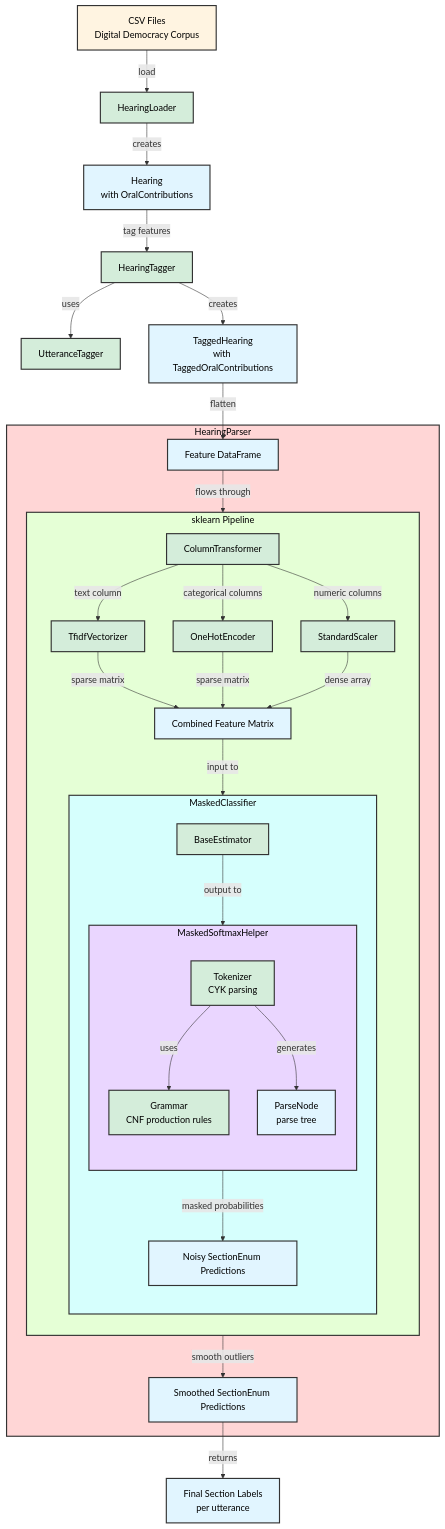
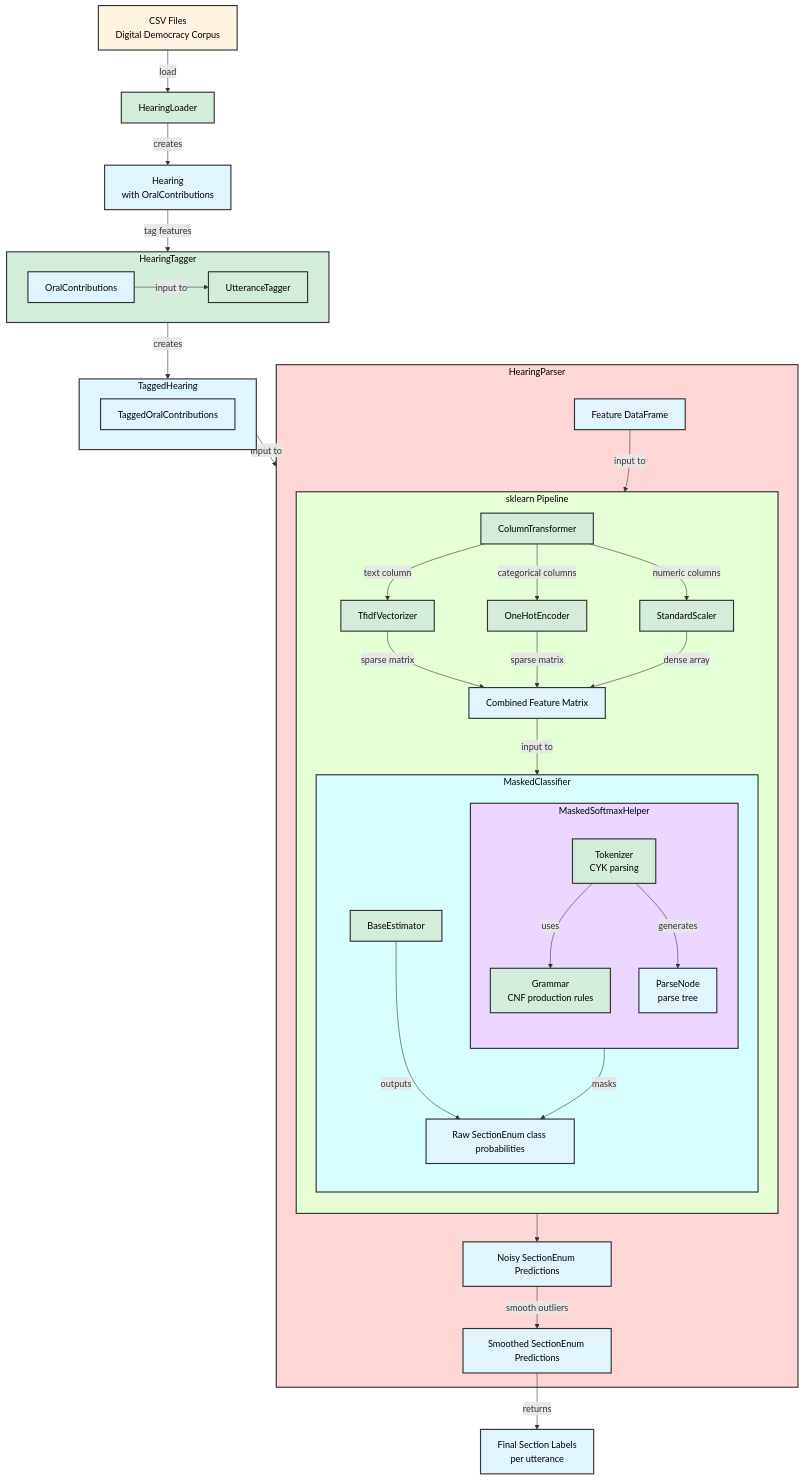
The second of 2 diagrams in README.md (IsaacFigNewton/CommitteeHearingDiscourseParser), drawn with Mermaid before and after one commit.

````diff
--- a/README.md
+++ b/README.md
@@ -76,69 +76,72 @@
 ```mermaid
 graph TD
     %% Data flow
     CSV[CSV Files<br/>Digital Democracy Corpus] -->|load| HearingLoader
 
     HearingLoader -->|creates| Hearing[Hearing<br/>with OralContributions]
 
     Hearing -->|tag features| HearingTagger
-    HearingTagger -->|uses| UtteranceTagger
-    HearingTagger -->|creates| TaggedHearing[TaggedHearing<br/>with TaggedOralContributions]
+    subgraph HearingTagger[HearingTagger]
+        OralContributions -->|input to| UtteranceTagger
+    end
 
-    TaggedHearing -->|flatten| Features
+    HearingTagger -->|creates| TaggedHearing
+    subgraph TaggedHearing[TaggedHearing]
+        TaggedOralContributions
+    end
+    TaggedHearing -->|input to| HearingParser
 
     subgraph HearingParser[HearingParser]
-        Features[Feature DataFrame] -->|flows through| CT
+        Features[Feature DataFrame] -->|input to| Pipeline
 
         subgraph Pipeline["sklearn Pipeline"]
             direction TB
 
-            CT[ColumnTransformer]
-
-            CT -->|text column| TfidfVec[TfidfVectorizer]
+            CT[ColumnTransformer] -->|text column| TfidfVec[TfidfVectorizer]
             CT -->|categorical columns| OHE[OneHotEncoder]
             CT -->|numeric columns| Scaler[StandardScaler]
 
             TfidfVec -->|sparse matrix| FeatureMatrix[Combined Feature Matrix]
             OHE -->|sparse matrix| FeatureMatrix
             Scaler -->|dense array| FeatureMatrix
 
-            FeatureMatrix -->|input to| LR
+            FeatureMatrix -->|input to| MC
 
             subgraph MC[MaskedClassifier]
                 direction TB
 
-                LR[BaseEstimator]
-                LR -->|output to| MSH
+                BE[BaseEstimator]
+                BE -->|outputs| RawProbs[Raw SectionEnum class probabilities]
 
                 subgraph MSH[MaskedSoftmaxHelper]
                     direction TB
 
                     Tokenizer[Tokenizer<br/>CYK parsing]
                     Tokenizer -->|uses| Grammar[Grammar<br/>CNF production rules]
                     Tokenizer -->|generates| ParseNode[ParseNode<br/>parse tree]
                 end
 
-                MSH -->|masked probabilities| Predictions[Noisy SectionEnum Predictions]
+                MSH -->|masks| RawProbs
             end
         end
-
-        Predictions -->|smooth outliers| SmoothedSectionLabels[Smoothed SectionEnum Predictions]
+        MC --> NoisyPredictions[Noisy SectionEnum Predictions]
+        NoisyPredictions -->|smooth outliers| SmoothedSectionLabels[Smoothed SectionEnum Predictions]
     end
     SmoothedSectionLabels -->|returns| PredictedSections[Final Section Labels<br/>per utterance]
 
     %% Styling
     classDef input fill:#fff4e1,stroke:#333,stroke-width:2px,color:#000
     classDef data fill:#e1f5ff,stroke:#333,stroke-width:2px,color:#000
     classDef processing fill:#d4edda,stroke:#333,stroke-width:2px,color:#000
     classDef output fill:#ffe1e1,stroke:#333,stroke-width:2px,color:#000
 
     class CSV input
-    class Hearing,TaggedHearing,Features,FeatureMatrix,ParseNode,Predictions,SmoothedSectionLabels,PredictedSections data
-    class HearingLoader,HearingTagger,UtteranceTagger,HearingParser,CT,TfidfVec,OHE,Scaler,MC,LR,MSH,Tokenizer,Grammar processing
+    class Hearing,TaggedHearing,OralContributions,TaggedOralContributions,Features,FeatureMatrix,ParseNode,RawProbs,NoisyPredictions,SmoothedSectionLabels,PredictedSections data
+    class HearingLoader,HearingTagger,UtteranceTagger,HearingParser,CT,TfidfVec,OHE,Scaler,MC,BE,MSH,Tokenizer,Grammar processing
 
     %% Softer HSV-inspired subgraph fills
     style HearingParser fill:#ffd6d6,stroke:#333,stroke-width:2px,color:#000
     style Pipeline fill:#e5ffd6,stroke:#333,stroke-width:2px,color:#000
     style MC fill:#d6fffd,stroke:#333,stroke-width:2px,color:#000
     style MSH fill:#ead6ff,stroke:#333,stroke-width:2px,color:#000
 ```
````
